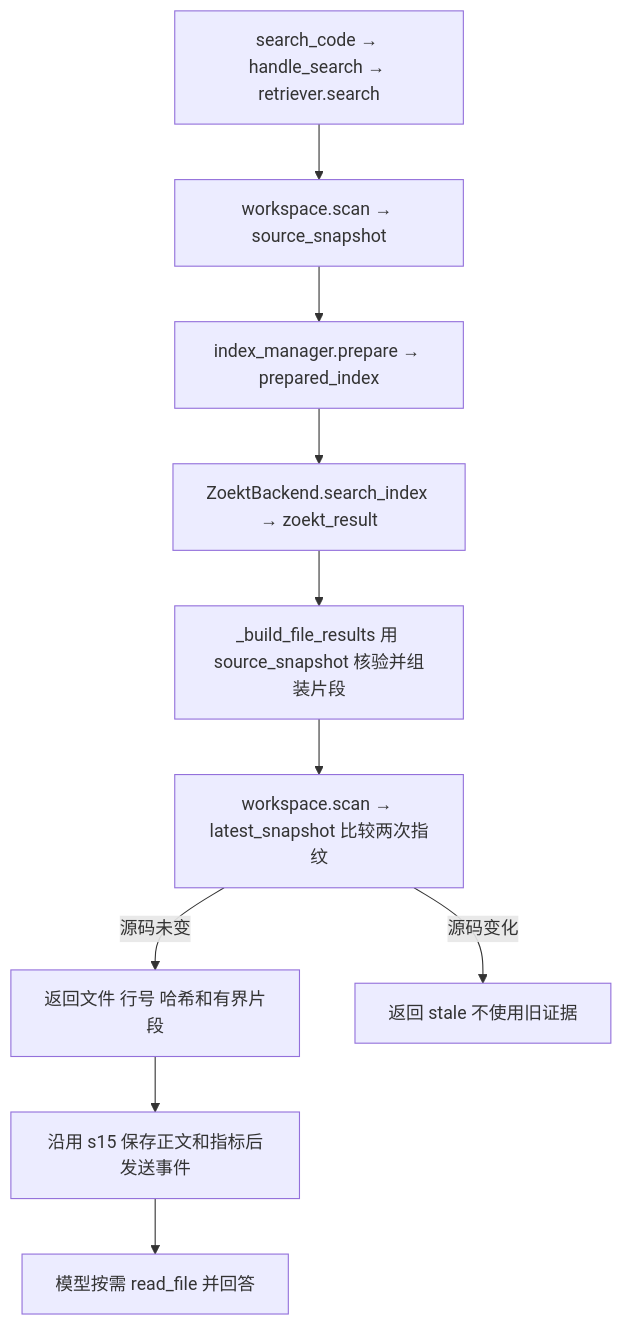
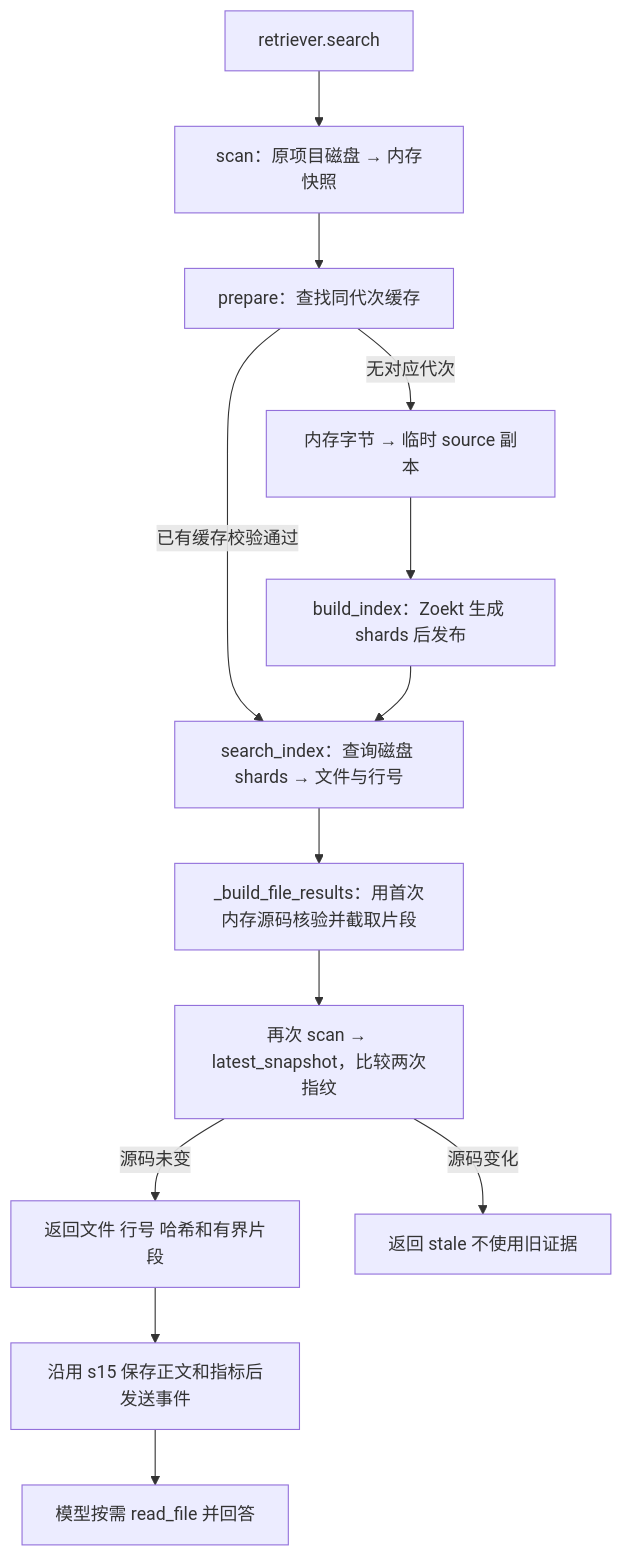
Before and after one commit to liuying151203-create/pi-code-agent: the first of 2 diagrams in s16_repository_search/README.md, drawn with Mermaid. The commit also changed other lines of this file, not shown here.

Commit message:
docs(s16): explain retrieval flow and storage locations / 说明检索流程与数据存放位置

````diff
--- a/s16_repository_search/README.md
+++ b/s16_repository_search/README.md
@@ -69,12 +94,15 @@
 ```mermaid
 flowchart TD
-    Q[search_code → handle_search → retriever.search] --> S[workspace.scan → source_snapshot]
-    S --> I[index_manager.prepare → prepared_index]
-    I --> Z[ZoektBackend.search_index → zoekt_result]
-    Z --> B[_build_file_results 用 source_snapshot 核验并组装片段]
-    B --> V[workspace.scan → latest_snapshot 比较两次指纹]
+    Q[retriever.search] --> S[scan：原项目磁盘 → 内存快照]
+    S --> I[prepare：查找同代次缓存]
+    I -->|已有缓存校验通过| Z[search_index：查询磁盘 shards → 文件与行号]
+    I -->|无对应代次| W[内存字节 → 临时 source 副本]
+    W --> C[build_index：Zoekt 生成 shards 后发布]
+    C --> Z
+    Z --> B[_build_file_results：用首次内存源码核验并截取片段]
+    B --> V[再次 scan → latest_snapshot，比较两次指纹]
     V -->|源码未变| R[返回文件 行号 哈希和有界片段]
     V -->|源码变化| F[返回 stale 不使用旧证据]
     R --> P[沿用 s15 保存正文和指标后发送事件]
     P --> M[模型按需 read_file 并回答]
 ```
````
